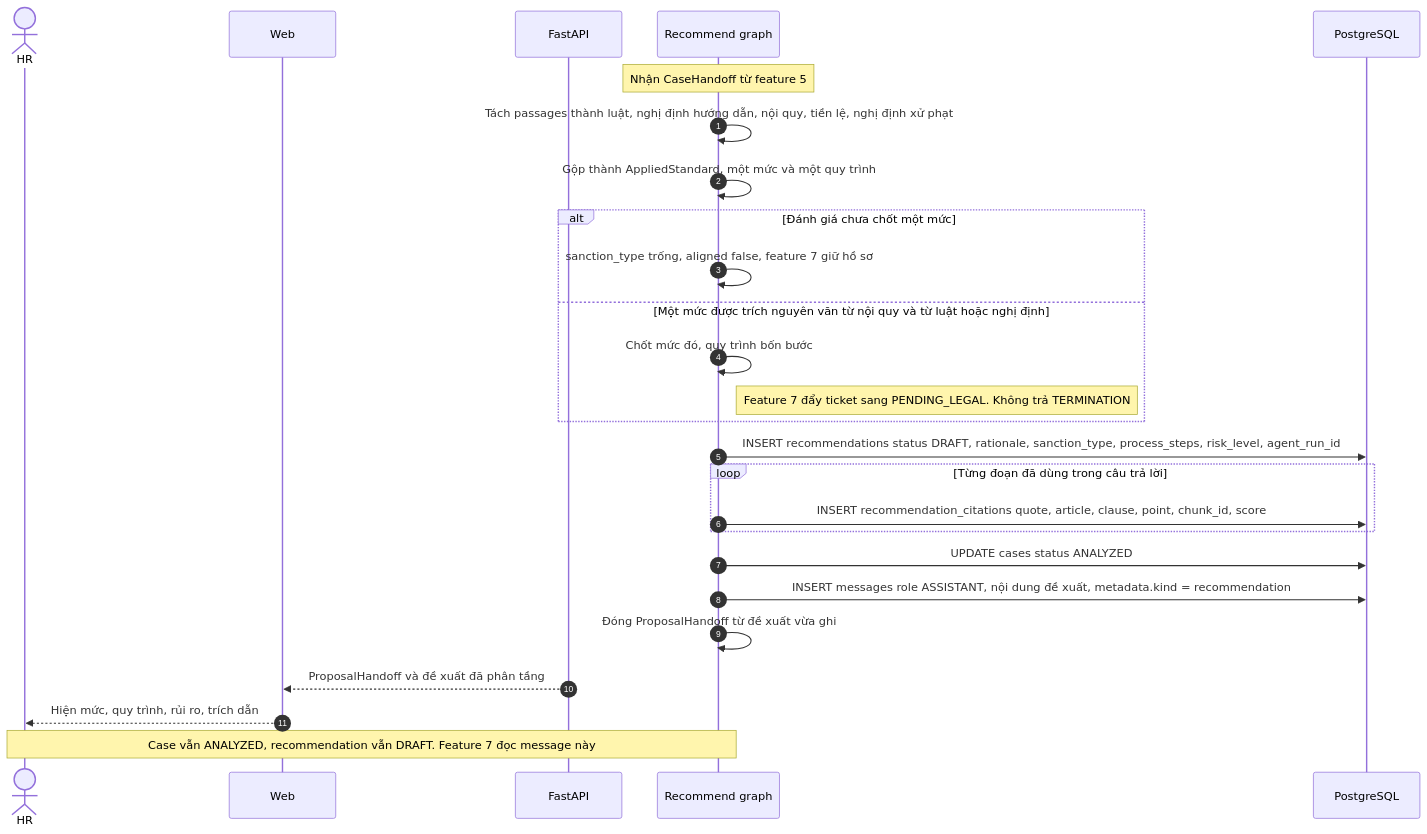
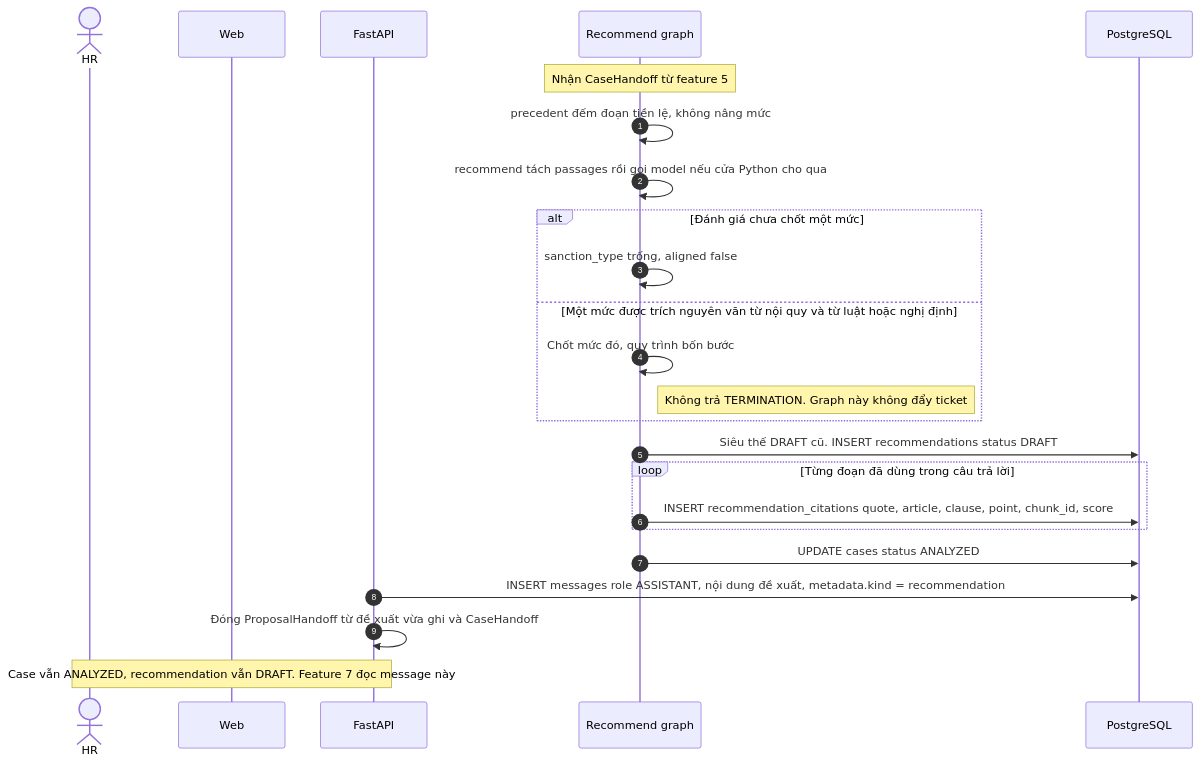
Before and after one commit to Tuan-Nguyen-Minhh/HRHelp: the eighth of 15 diagrams in docs/features/features.md, drawn with Mermaid. The commit also changed other lines of this file and 210 other files, not shown here.

Commit message:
feat(schema): Add new models for message handling and recidivism tracking

````diff
--- a/docs/features/features.md
+++ b/docs/features/features.md
@@ -465,29 +471,27 @@
 ```mermaid
 sequenceDiagram
     autonumber
     actor HR as HR
     participant UI as Web
     participant API as FastAPI
     participant AG as Recommend graph
     participant DB as PostgreSQL
 
     Note over AG: Nhận CaseHandoff từ feature 5
-    AG->>AG: Tách passages thành luật, nghị định hướng dẫn, nội quy, tiền lệ, nghị định xử phạt
-    AG->>AG: Gộp thành AppliedStandard, một mức và một quy trình
+    AG->>AG: precedent đếm đoạn tiền lệ, không nâng mức
+    AG->>AG: recommend tách passages rồi gọi model nếu cửa Python cho qua
     alt Đánh giá chưa chốt một mức
-        AG->>AG: sanction_type trống, aligned false, feature 7 giữ hồ sơ
+        AG->>AG: sanction_type trống, aligned false
     else Một mức được trích nguyên văn từ nội quy và từ luật hoặc nghị định
         AG->>AG: Chốt mức đó, quy trình bốn bước
-        Note right of AG: Feature 7 đẩy ticket sang PENDING_LEGAL. Không trả TERMINATION
+        Note right of AG: Không trả TERMINATION. Graph này không đẩy ticket
     end
-    AG->>DB: INSERT recommendations status DRAFT, rationale, sanction_type, process_steps, risk_level, agent_run_id
+    AG->>DB: Siêu thế DRAFT cũ. INSERT recommendations status DRAFT
     loop Từng đoạn đã dùng trong câu trả lời
         AG->>DB: INSERT recommendation_citations quote, article, clause, point, chunk_id, score
     end
     AG->>DB: UPDATE cases status ANALYZED
-    AG->>DB: INSERT messages role ASSISTANT, nội dung đề xuất, metadata.kind = recommendation
-    AG->>AG: Đóng ProposalHandoff từ đề xuất vừa ghi
-    API-->>UI: ProposalHandoff và đề xuất đã phân tầng
-    UI-->>HR: Hiện mức, quy trình, rủi ro, trích dẫn
-    Note over AG,HR: Case vẫn ANALYZED, recommendation vẫn DRAFT. Feature 7 đọc message này
+    API->>DB: INSERT messages role ASSISTANT, nội dung đề xuất, metadata.kind = recommendation
+    API->>API: Đóng ProposalHandoff từ đề xuất vừa ghi và CaseHandoff
+    Note over API,HR: Case vẫn ANALYZED, recommendation vẫn DRAFT. Feature 7 đọc message này
 ```
````
